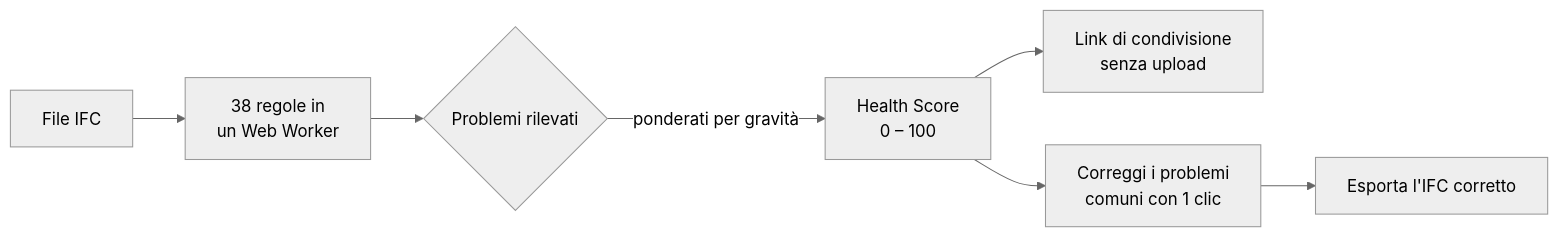
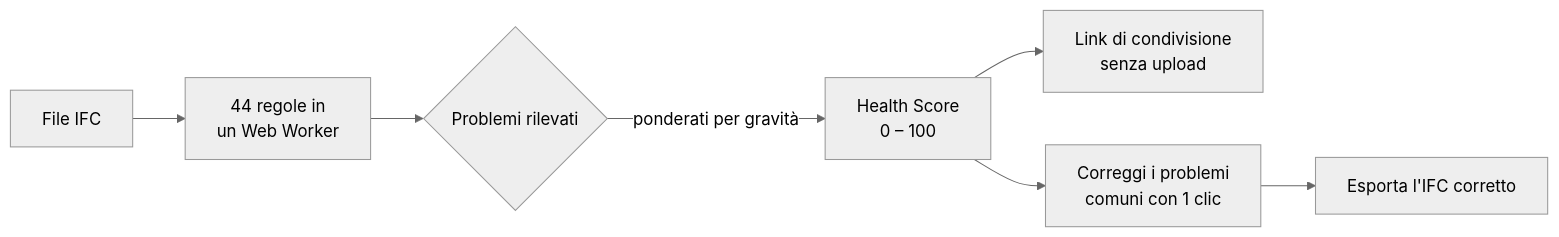
The first of 2 diagrams in README.it.md (j03rul4nd/ifc-viewer-online), drawn with Mermaid (neutral theme) before and after one commit. The commit also changed other lines of this file and 24 other files, not shown here.

````diff
--- a/README.it.md
+++ b/README.it.md
@@ -125,9 +127,9 @@
 ```mermaid
 flowchart LR
-    A[File IFC] --> B[38 regole in<br/>un Web Worker]
+    A[File IFC] --> B[44 regole in<br/>un Web Worker]
     B --> C{Problemi rilevati}
     C -->|ponderati per gravità| D[Health Score<br/>0 – 100]
     D --> E[Link di condivisione<br/>senza upload]
     D --> F[Correggi i problemi<br/>comuni con 1 clic]
     F --> G[Esporta l'IFC corretto]
 ```
````
